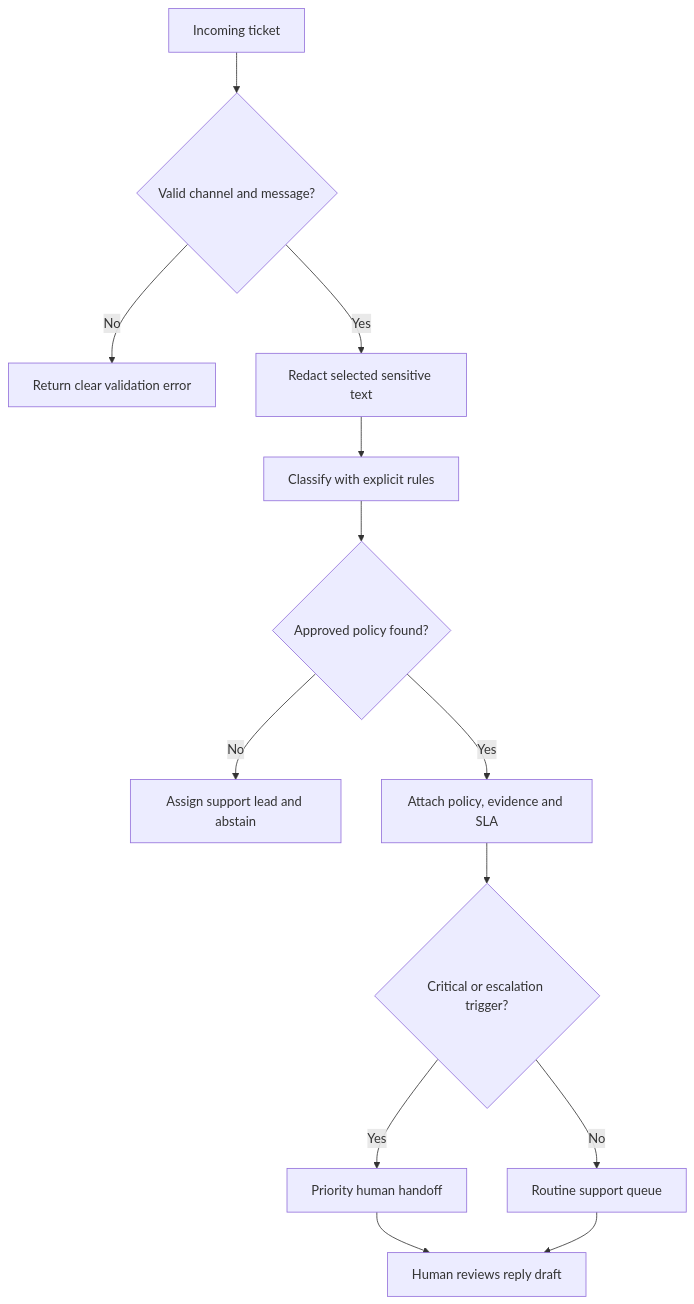
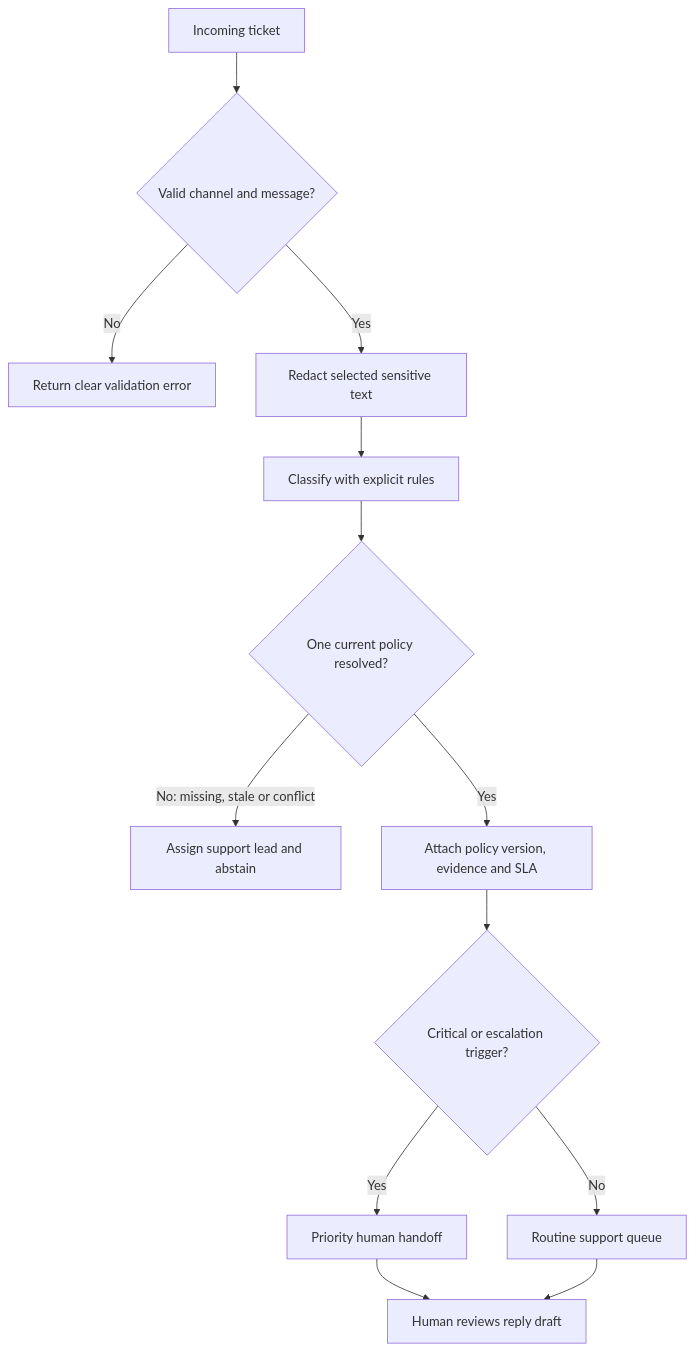
The diagram in docs/BUSINESS_FLOW.md (magicyao2028-pixel/customer-service-agent), drawn with Mermaid before and after one commit. The commit also changed other lines of this file and 25 other files, not shown here.

````diff
--- a/docs/BUSINESS_FLOW.md
+++ b/docs/BUSINESS_FLOW.md
@@ -3,15 +3,15 @@
 ```mermaid
 flowchart TB
     I[Incoming ticket] --> V{Valid channel and message?}
     V -->|No| X[Return clear validation error]
     V -->|Yes| P[Redact selected sensitive text]
     P --> C[Classify with explicit rules]
-    C --> K{Approved policy found?}
-    K -->|No| A[Assign support lead and abstain]
-    K -->|Yes| R[Attach policy, evidence and SLA]
+    C --> K{One current policy resolved?}
+    K -->|No: missing, stale or conflict| A[Assign support lead and abstain]
+    K -->|Yes| R[Attach policy version, evidence and SLA]
     R --> E{Critical or escalation trigger?}
     E -->|Yes| H[Priority human handoff]
     E -->|No| Q[Routine support queue]
     H --> D[Human reviews reply draft]
     Q --> D
 ```
````
